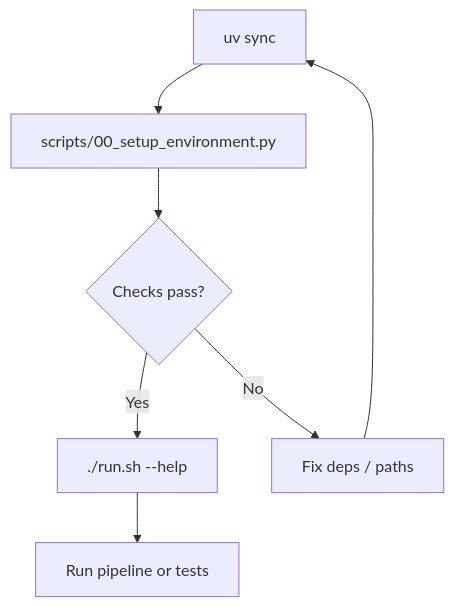
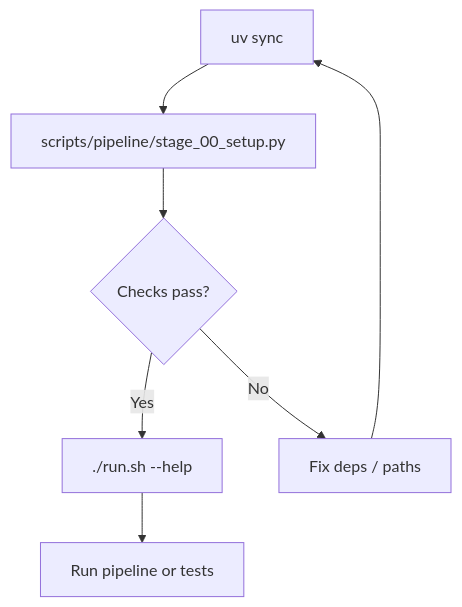
Before and after one commit to docxology/template: the fourth of 4 diagrams in docs/operational/diagrams.md, drawn with Mermaid. The commit also changed 189 other files, not shown here.

````diff
--- a/docs/operational/diagrams.md
+++ b/docs/operational/diagrams.md
@@ -58,9 +58,9 @@
 ```mermaid
 flowchart TD
-    Start[uv sync] --> S0[scripts/00_setup_environment.py]
+    Start[uv sync] --> S0[scripts/pipeline/stage_00_setup.py]
     S0 --> OK{Checks pass?}
     OK -->|Yes| RS[./run.sh --help]
     OK -->|No| Fix[Fix deps / paths]
     Fix --> Start
     RS --> Done[Run pipeline or tests]
 ```
````
